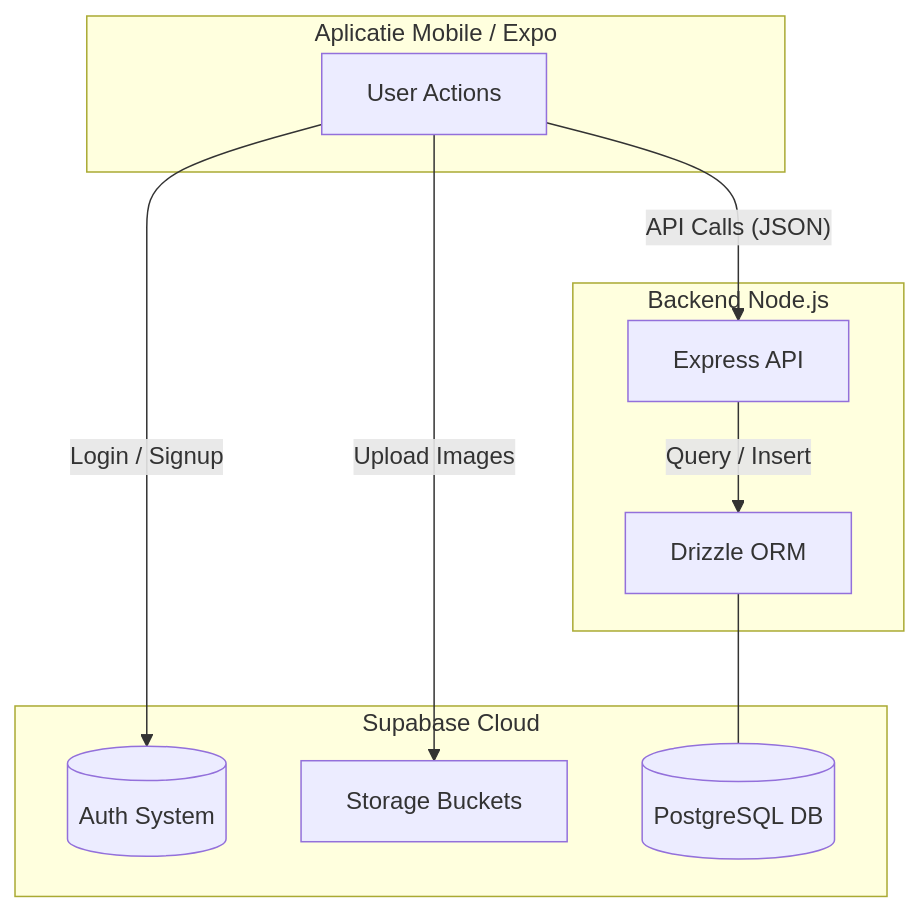
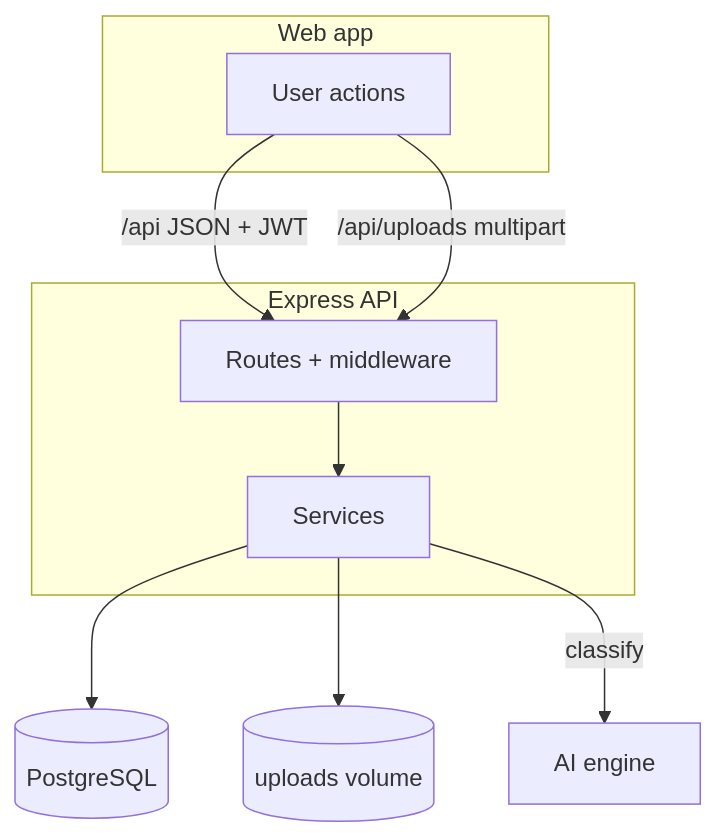
Before and after one commit to Oti404/wearwise_oldd: the diagram in backend/docs/DATA_FLOW.md, drawn with Mermaid. The commit also changed other lines of this file and 12 other files, not shown here.

````diff
--- a/backend/docs/DATA_FLOW.md
+++ b/backend/docs/DATA_FLOW.md
@@ -34,26 +41,14 @@
 ```mermaid
 graph TD
-    subgraph Frontend [Aplicatie Mobile / Expo]
-        A[User Actions]
+    subgraph Client [Web app]
+        A[User actions]
     end
-
-    subgraph Supabase [Supabase Cloud]
-        S1[(Auth System)]
-        S2[Storage Buckets]
-        S3[(PostgreSQL DB)]
+    subgraph Backend [Express API]
+        R[Routes + middleware] --> S[Services]
     end
-
-    subgraph Backend [Backend Node.js]
-        B[Express API]
-        D[Drizzle ORM]
-    end
-
-    %% Flux direct Auth & Storage
-    A -- "Login / Signup" --> S1
-    A -- "Upload Images" --> S2
-
-    %% Flux prin Backend
-    A -- "API Calls (JSON)" --> B
-    B -- "Query / Insert" --> D
-    D --- S3
+    A -->|/api JSON + JWT| R
+    A -->|/api/uploads multipart| R
+    S --> DB[(PostgreSQL)]
+    S --> U[(uploads volume)]
+    S -->|classify| AI[AI engine]
 ```
````
